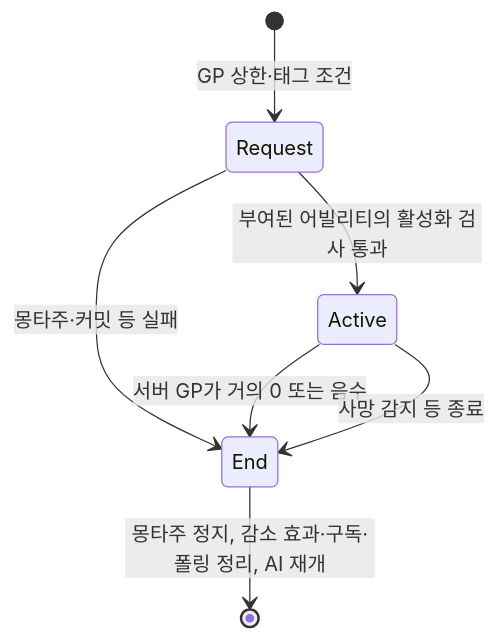
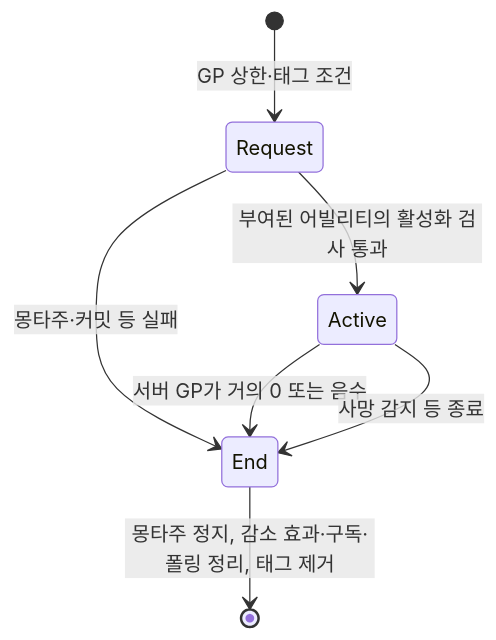
Before and after one commit to Woogl/ProjectWx: the diagram in .wiki/wiki/concepts/combat-groggy.md, drawn with Mermaid. The commit also changed other lines of this file and 14 other files, not shown here.

````diff
--- a/.wiki/wiki/concepts/combat-groggy.md
+++ b/.wiki/wiki/concepts/combat-groggy.md
@@ -30,9 +31,9 @@
 ```mermaid
 stateDiagram-v2
   [*] --> Request: GP 상한·태그 조건
   Request --> Active: 부여된 어빌리티의 활성화 검사 통과
   Request --> End: 몽타주·커밋 등 실패
   Active --> End: 서버 GP가 거의 0 또는 음수
   Active --> End: 사망 감지 등 종료
-  End --> [*]: 몽타주 정지, 감소 효과·구독·폴링 정리, AI 재개
+  End --> [*]: 몽타주 정지, 감소 효과·구독·폴링 정리, 태그 제거
 ```
````
